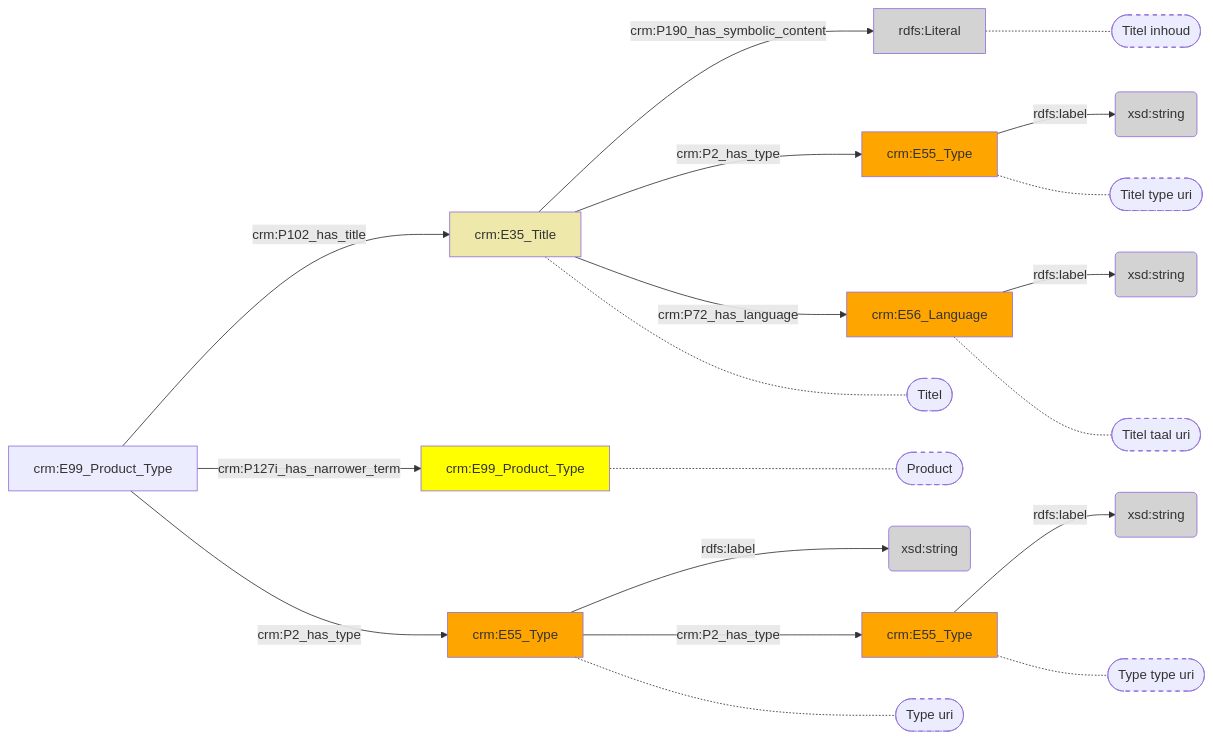
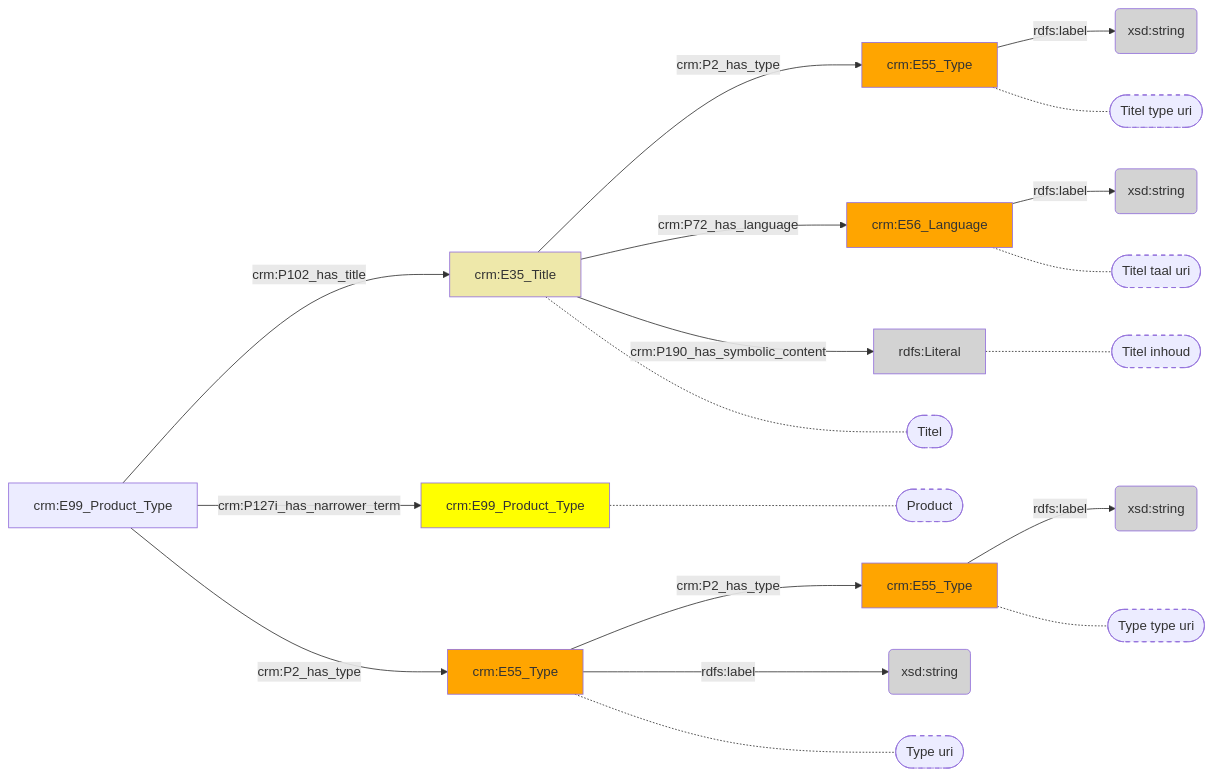
The diagram in docs/content/modellen/ProductSeries/Identificatie.md (digipolisantwerpdocumentation/antwerp-cultureel-erfgoed), drawn with Mermaid before and after one commit. The commit also changed other lines of this file and 173 other files, not shown here.

````diff
--- a/docs/content/modellen/ProductSeries/Identificatie.md
+++ b/docs/content/modellen/ProductSeries/Identificatie.md
@@ -1,39 +1,39 @@
 ```mermaid
 graph LR
-4c0a7b94-56bc-11ee-bc5c-00163e71351b["crm:E35_Title"]-->|"crm:P190_has_symbolic_content"|4c0a856c-56bc-11ee-bc5c-00163e71351b(rdfs:Literal)
-4c0a82d8-56bc-11ee-bc5c-00163e71351b["crm:E55_Type"]-->|"rdfs:label"|4c0a8ba2-56bc-11ee-bc5c-00163e71351b(xsd:string)
-4c0a89a4-56bc-11ee-bc5c-00163e71351b["crm:E56_Language"]-->|"rdfs:label"|4c0a8792-56bc-11ee-bc5c-00163e71351b(xsd:string)
-621a9706-522b-11ee-bc5c-00163e71351b["crm:E55_Type"]-->|"rdfs:label"|621a9c42-522b-11ee-bc5c-00163e71351b(xsd:string)
-621a9b02-522b-11ee-bc5c-00163e71351b["crm:E55_Type"]-->|"rdfs:label"|621a9d3c-522b-11ee-bc5c-00163e71351b(xsd:string)
 4c0a7b94-56bc-11ee-bc5c-00163e71351b["crm:E35_Title"]-->|"crm:P2_has_type"|4c0a82d8-56bc-11ee-bc5c-00163e71351b["crm:E55_Type"]
 4c0a7b94-56bc-11ee-bc5c-00163e71351b["crm:E35_Title"]-->|"crm:P72_has_language"|4c0a89a4-56bc-11ee-bc5c-00163e71351b["crm:E56_Language"]
 4d27c45e-522b-11ee-974d-00163e71351b["crm:E99_Product_Type"]-->|"crm:P102_has_title"|4c0a7b94-56bc-11ee-bc5c-00163e71351b["crm:E35_Title"]
 4d27c45e-522b-11ee-974d-00163e71351b["crm:E99_Product_Type"]-->|"crm:P127i_has_narrower_term"|97a16e3a-522c-11ee-bc5c-00163e71351b["crm:E99_Product_Type"]
 4d27c45e-522b-11ee-974d-00163e71351b["crm:E99_Product_Type"]-->|"crm:P2_has_type"|621a9706-522b-11ee-bc5c-00163e71351b["crm:E55_Type"]
 621a9706-522b-11ee-bc5c-00163e71351b["crm:E55_Type"]-->|"crm:P2_has_type"|621a9b02-522b-11ee-bc5c-00163e71351b["crm:E55_Type"]
+4c0a7b94-56bc-11ee-bc5c-00163e71351b["crm:E35_Title"]-->|"crm:P190_has_symbolic_content"|4c0a856c-56bc-11ee-bc5c-00163e71351b(rdfs:Literal)
+4c0a82d8-56bc-11ee-bc5c-00163e71351b["crm:E55_Type"]-->|"rdfs:label"|4c0a8ba2-56bc-11ee-bc5c-00163e71351b(xsd:string)
+4c0a89a4-56bc-11ee-bc5c-00163e71351b["crm:E56_Language"]-->|"rdfs:label"|4c0a8792-56bc-11ee-bc5c-00163e71351b(xsd:string)
+621a9706-522b-11ee-bc5c-00163e71351b["crm:E55_Type"]-->|"rdfs:label"|621a9c42-522b-11ee-bc5c-00163e71351b(xsd:string)
+621a9b02-522b-11ee-bc5c-00163e71351b["crm:E55_Type"]-->|"rdfs:label"|621a9d3c-522b-11ee-bc5c-00163e71351b(xsd:string)
 style 4c0a856c-56bc-11ee-bc5c-00163e71351b_s stroke-dasharray: 5
 style 4c0a82d8-56bc-11ee-bc5c-00163e71351b_s stroke-dasharray: 5
 style 4c0a89a4-56bc-11ee-bc5c-00163e71351b_s stroke-dasharray: 5
 style 4c0a7b94-56bc-11ee-bc5c-00163e71351b_s stroke-dasharray: 5
 style 97a16e3a-522c-11ee-bc5c-00163e71351b_s stroke-dasharray: 5
 style 621a9706-522b-11ee-bc5c-00163e71351b_s stroke-dasharray: 5
 style 621a9b02-522b-11ee-bc5c-00163e71351b_s stroke-dasharray: 5
 4c0a856c-56bc-11ee-bc5c-00163e71351b["rdfs:Literal"]-.-4c0a856c-56bc-11ee-bc5c-00163e71351b_s(["Titel inhoud"])
 4c0a82d8-56bc-11ee-bc5c-00163e71351b["crm:E55_Type"]-.-4c0a82d8-56bc-11ee-bc5c-00163e71351b_s(["Titel type uri"])
 4c0a89a4-56bc-11ee-bc5c-00163e71351b["crm:E56_Language"]-.-4c0a89a4-56bc-11ee-bc5c-00163e71351b_s(["Titel taal uri"])
 4c0a7b94-56bc-11ee-bc5c-00163e71351b["crm:E35_Title"]-.-4c0a7b94-56bc-11ee-bc5c-00163e71351b_s(["Titel"])
 97a16e3a-522c-11ee-bc5c-00163e71351b["crm:E99_Product_Type"]-.-97a16e3a-522c-11ee-bc5c-00163e71351b_s(["Product"])
 621a9706-522b-11ee-bc5c-00163e71351b["crm:E55_Type"]-.-621a9706-522b-11ee-bc5c-00163e71351b_s(["Type uri"])
 621a9b02-522b-11ee-bc5c-00163e71351b["crm:E55_Type"]-.-621a9b02-522b-11ee-bc5c-00163e71351b_s(["Type type uri"])
 style 4c0a7b94-56bc-11ee-bc5c-00163e71351b fill:#EEE8AA
 style 4c0a82d8-56bc-11ee-bc5c-00163e71351b fill:#ffa500
 style 4c0a856c-56bc-11ee-bc5c-00163e71351b fill:#D3D3D3
 style 4c0a8792-56bc-11ee-bc5c-00163e71351b fill:#D3D3D3
 style 4c0a89a4-56bc-11ee-bc5c-00163e71351b fill:#ffa500
 style 4c0a8ba2-56bc-11ee-bc5c-00163e71351b fill:#D3D3D3
 style 621a9706-522b-11ee-bc5c-00163e71351b fill:#ffa500
 style 621a9b02-522b-11ee-bc5c-00163e71351b fill:#ffa500
 style 621a9c42-522b-11ee-bc5c-00163e71351b fill:#D3D3D3
 style 621a9d3c-522b-11ee-bc5c-00163e71351b fill:#D3D3D3
 style 97a16e3a-522c-11ee-bc5c-00163e71351b fill:#ffff00
 ```
````
